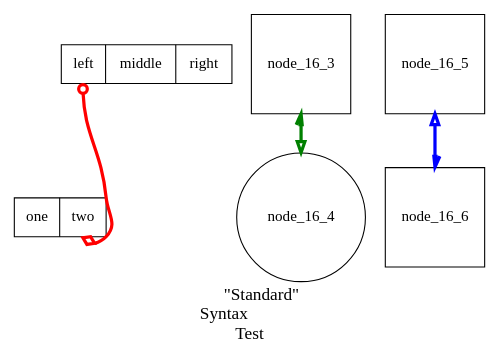
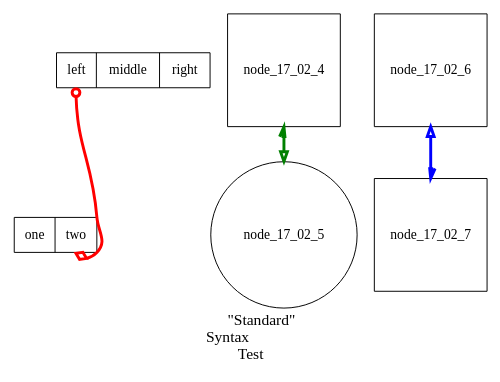
One commit to graphviz-perl/GraphViz2-Marpa changed the diagram in data/17.02.gv. Above: the diagram before and after it, drawn with Graphviz. The commit also changed 17 other files, not shown here.

```diff
--- a/data/17.02.gv
+++ b/data/17.02.gv
@@ -1,60 +1,60 @@
-STRICT digraph graph_16
+STRICT digraph graph_17_02
 {
 	fontsize = 16.0
 	label    = "\"Standard\"\rSyntax\lTest"
 	size     = "5,6"
 
 	node
 	[
 		shape = "record",
 	];
 
 	edge
 	[
 		color = "red"
 		penwidth = 3,
 	];
 
-	node_16_1
+	node_17_02_1
 	[
 		label    = "<p11> left|<p12> middle|<p13> right"
 		pencolor = blue
 	]
 
-	node_16_2
+	node_17_02_2
 	[
 		pencolor = green
 		label    = "<p21> one|<p22> two"
 	]
 
-	node_16_1:p11 -> node_16_2:p22:s
+	node_17_02_1:p11 -> node_17_02_2:p22:s
 	[
 		arrowhead = "odiamond";
 		arrowtail = "odot",
 		color     = red
 		dir       = both;
 	];
 
-	subgraph subgraph_16_1
+	subgraph subgraph_17_02_3
 	{
 		node [shape = square]
 
 		label = ""
 
-		node_16_3 -> { node [shape = circle] node_16_4 }
+		node_17_02_4 -> { node [shape = circle] node_17_02_5 }
 		[
 			arrowhead = "empty",
 			arrowtail = "halfopen"
 			color     = green
 			dir       = "both",
 		]
 
-		node_16_5 -> node_16_6
+		node_17_02_6 -> node_17_02_7
 		[
 			arrowhead = "halfopen",
 			arrowtail = "empty"
 			color     = blue
 			dir       = "both",
 		]
 	}
 }
```
